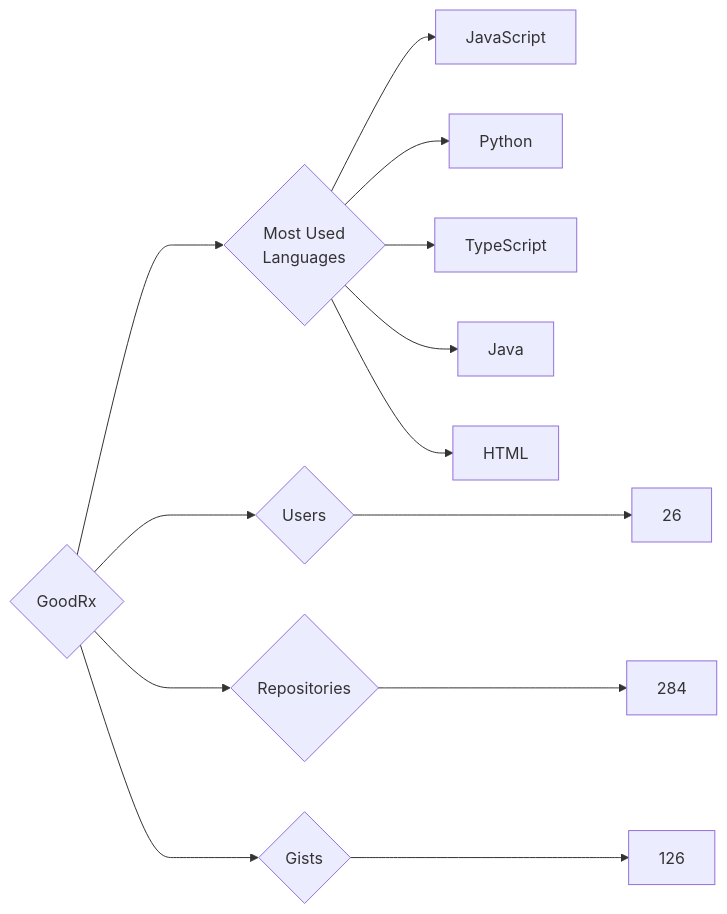
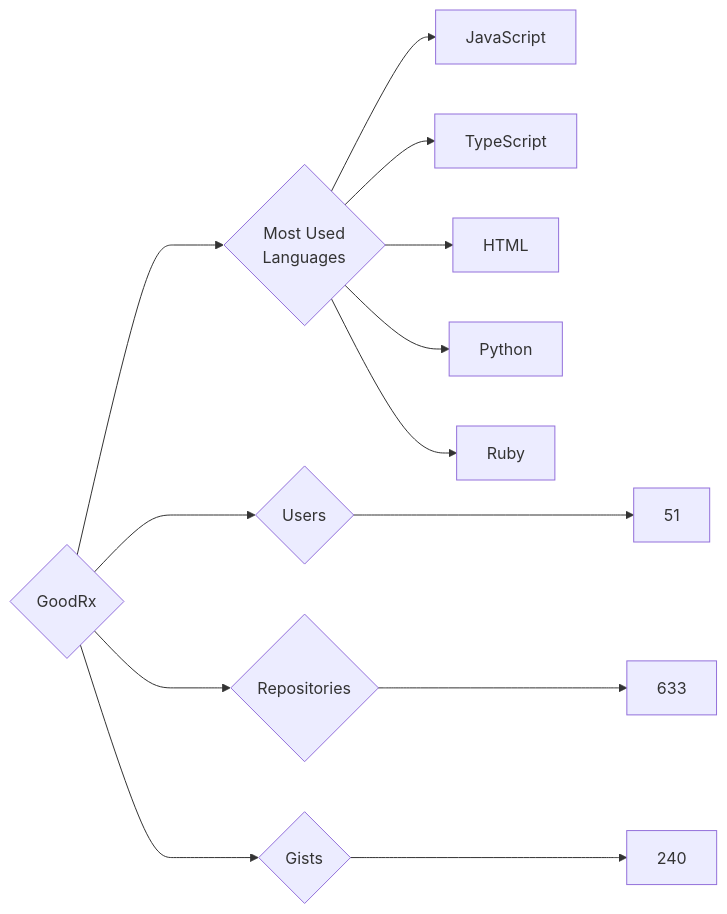
The diagram in targets/GoodRx/README.md (trickest/insiders), drawn with Mermaid before and after one commit. The commit also changed 953 other files, not shown here.

````diff
--- a/targets/GoodRx/README.md
+++ b/targets/GoodRx/README.md
@@ -3,13 +3,13 @@
 ```mermaid
 graph LR
 COMPANY_NAME{GoodRx}
-COMPANY_NAME ---> U{Users} ---> UN[26]
-COMPANY_NAME ---> R{Repositories} ---> RN[284]
-COMPANY_NAME ---> G{Gists} ---> GN[126]
+COMPANY_NAME ---> U{Users} ---> UN[51]
+COMPANY_NAME ---> R{Repositories} ---> RN[633]
+COMPANY_NAME ---> G{Gists} ---> GN[240]
 COMPANY_NAME ---> ML{Most Used<br>Languages}
 ML --> JavaScript[JavaScript]
+ML --> TypeScript[TypeScript]
+ML --> HTML[HTML]
 ML --> Python[Python]
-ML --> TypeScript[TypeScript]
-ML --> Java[Java]
-ML --> HTML[HTML]
+ML --> Ruby[Ruby]
 ```
````
